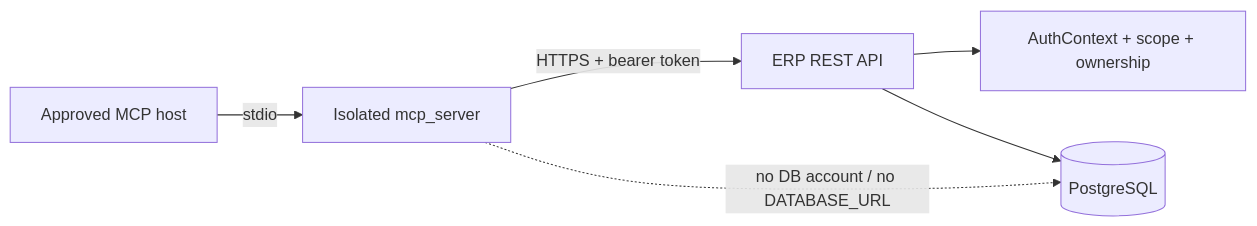
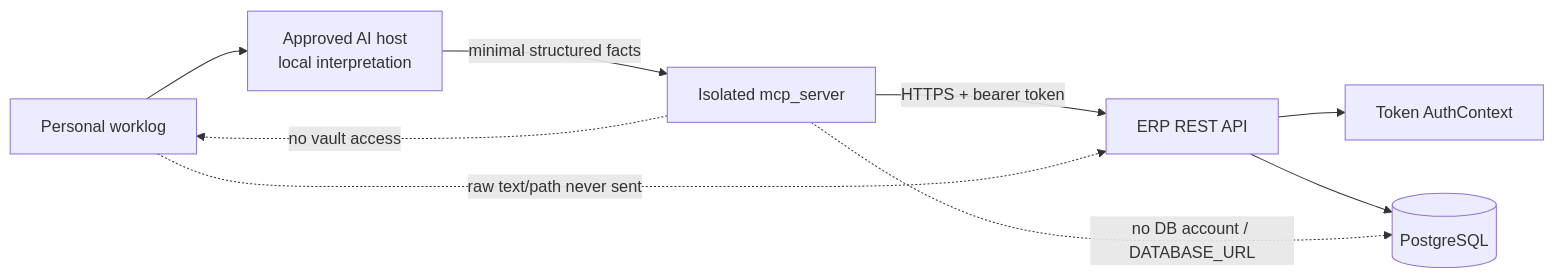
The diagram in docs/mcp/API-CONTRACT.md (ElroyKwon/LSS_ERP), drawn with Mermaid before and after one commit. The commit also changed other lines of this file and 20 other files, not shown here.

````diff
--- a/docs/mcp/API-CONTRACT.md
+++ b/docs/mcp/API-CONTRACT.md
@@ -26,8 +21,12 @@
 ```mermaid
 flowchart LR
-    HOST["Approved MCP host"] -->|"stdio"| MCP["Isolated mcp_server"]
+    WORKLOG["Personal worklog"] --> HOST["Approved AI host<br/>local interpretation"]
+    HOST -->|"minimal structured facts"| MCP["Isolated mcp_server"]
     MCP -->|"HTTPS + bearer token"| API["ERP REST API"]
-    API --> AUTH["AuthContext + scope + ownership"]
+    API --> AUTH["Token AuthContext"]
     API --> DB[("PostgreSQL")]
-    MCP -. "no DB account / no DATABASE_URL" .-> DB
+
+    WORKLOG -. "raw text/path never sent" .-> API
+    MCP -. "no vault access" .-> WORKLOG
+    MCP -. "no DB account / DATABASE_URL" .-> DB
 ```
````
